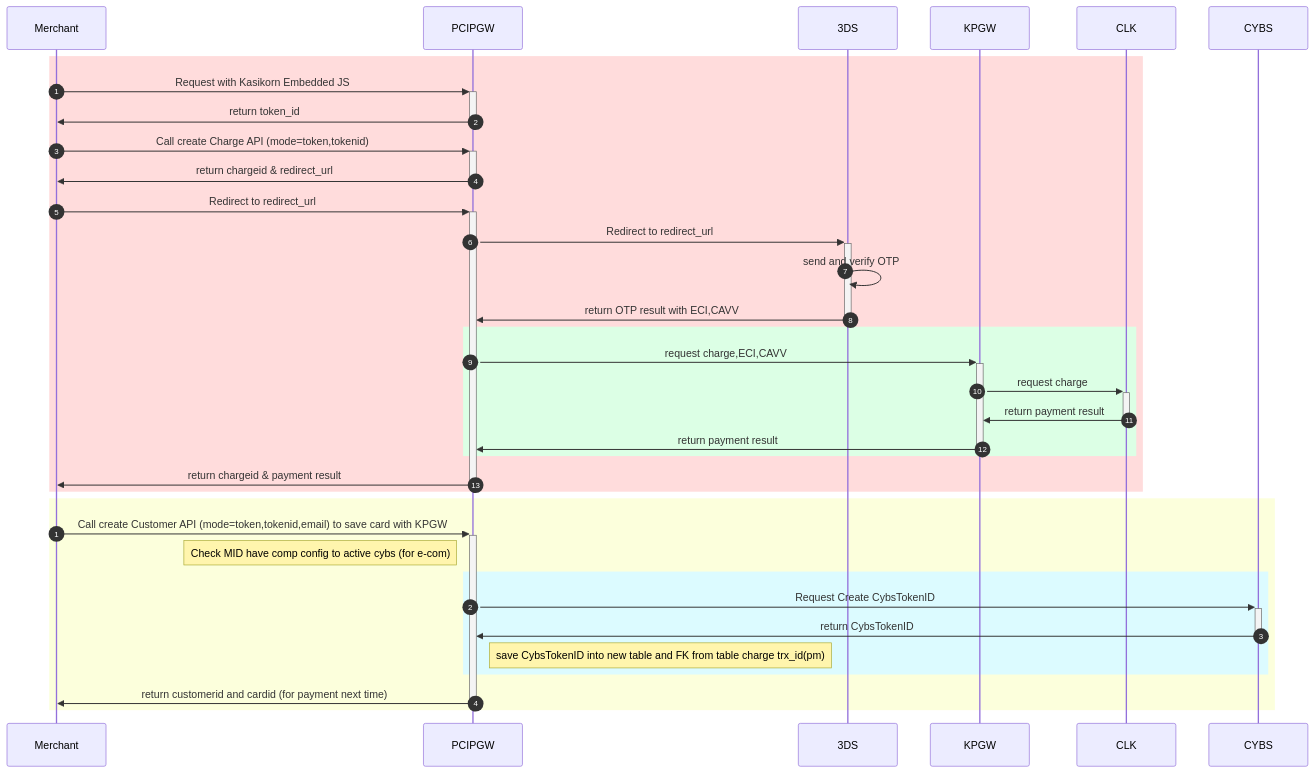
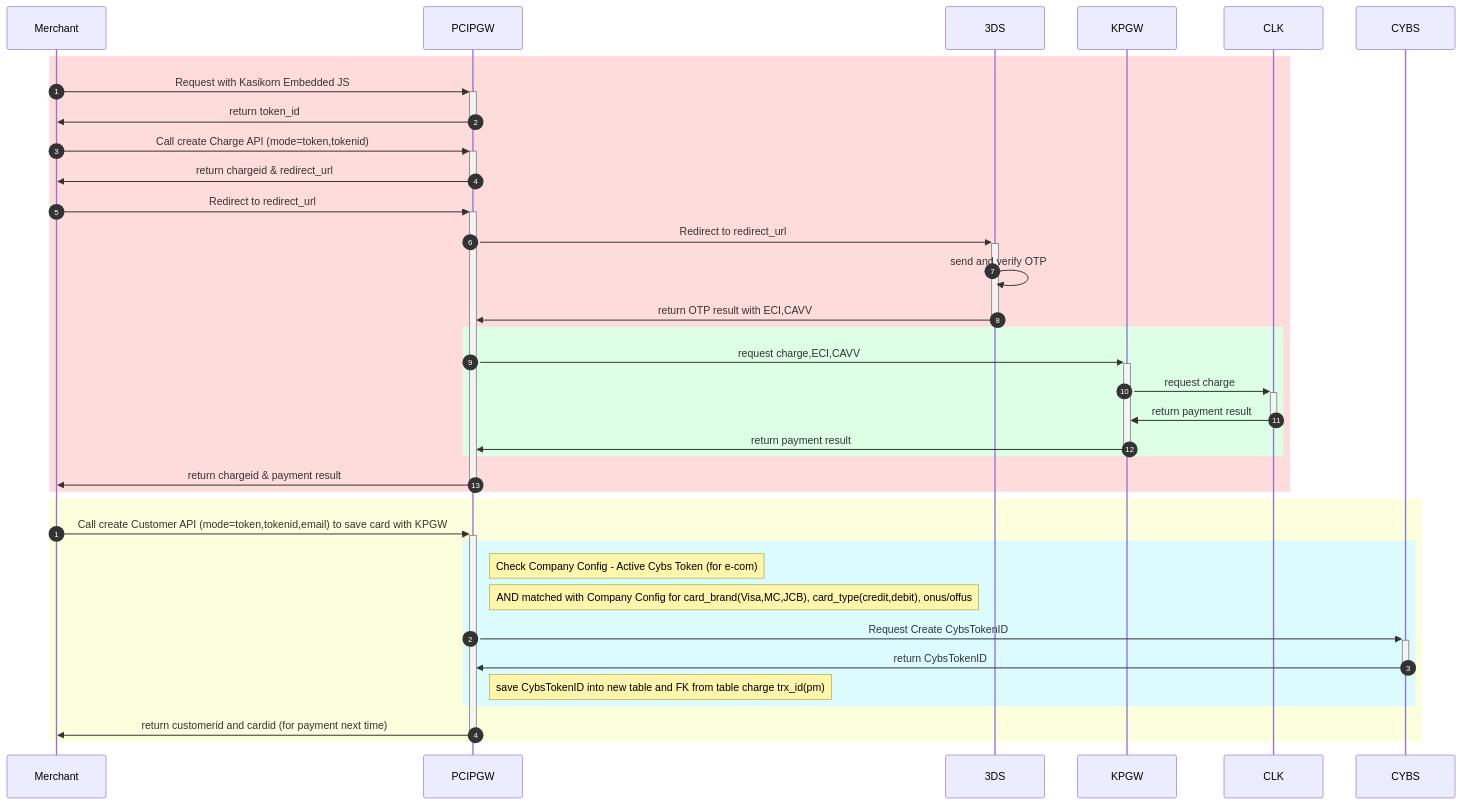
The second of 9 diagrams in Cybs-Ph2-Flow-new1.md (yuusuke25/MyNotes), drawn with Mermaid before and after one commit. The commit also changed other lines of this file, not shown here.

````diff
--- a/Cybs-Ph2-Flow-new1.md
+++ b/Cybs-Ph2-Flow-new1.md
@@ -37,37 +37,38 @@
 ```mermaid
     sequenceDiagram
         autonumber 1
         rect rgb(255, 220, 220)
             %% Customer->>Merchant:confirm to pay
             Merchant->>+PCIPGW:Request with Kasikorn Embedded JS
             PCIPGW->>-Merchant:return token_id
             Merchant->>+PCIPGW:Call create Charge API (mode=token,tokenid)
             PCIPGW->>-Merchant:return chargeid & redirect_url
 
             Merchant->>+PCIPGW:Redirect to redirect_url
             PCIPGW->>+3DS:Redirect to redirect_url
             3DS->>3DS:send and verify OTP
             3DS->>-PCIPGW:return OTP result with ECI,CAVV
 
             rect rgb(220, 255, 229)
                 PCIPGW->>+KPGW:request charge,ECI,CAVV
                 KPGW->>+CLK:request charge
                 CLK->>-KPGW:return payment result
                 KPGW->>-PCIPGW:return payment result
             end
             
             PCIPGW->>-Merchant:return chargeid & payment result
         end
         autonumber 1
         rect rgb(252, 255, 220)
             Merchant->>+PCIPGW:Call create Customer API (mode=token,tokenid,email) to save card with KPGW
-              Note left of PCIPGW: Check MID have comp config to active cybs (for e-com)
               rect rgb(220, 251, 255)
+                  Note right of PCIPGW: Check Company Config - Active Cybs Token (for e-com)
+                  Note right of PCIPGW: AND matched with Company Config for card_brand(Visa,MC,JCB), card_type(credit,debit), onus/offus
                   PCIPGW->>+CYBS:Request Create CybsTokenID
                   CYBS->>-PCIPGW:return CybsTokenID
                   Note right of PCIPGW: save CybsTokenID into new table and FK from table charge trx_id(pm)
               end
             PCIPGW->>-Merchant:return customerid and cardid (for payment next time)
         end
 
 ```
````
